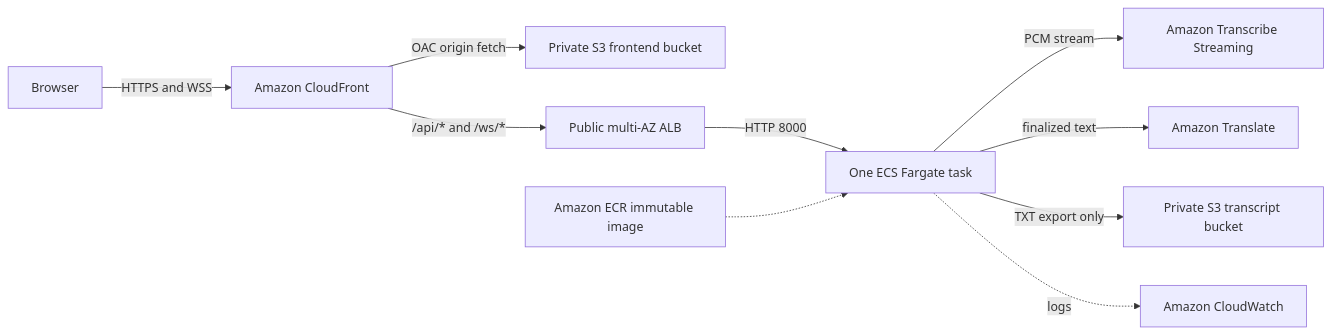
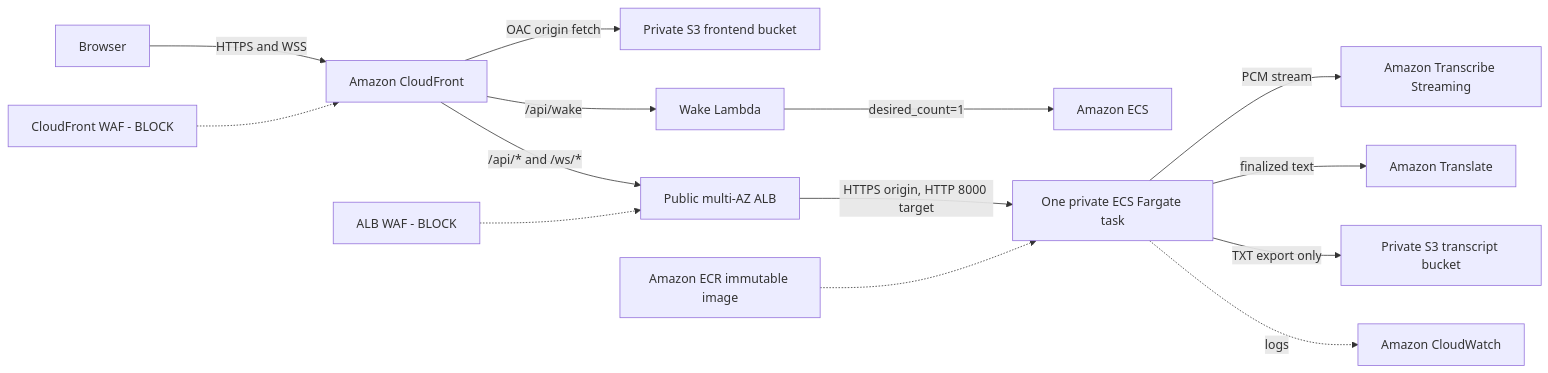
One commit to 9ducanh9/fcj-workshop-template changed the diagram in content/5-Workshop/5.1-Workshop-overview/_index.md. Above: the diagram before and after it, drawn with Mermaid. The commit also changed other lines of this file and 18 other files, not shown here.

````diff
--- a/content/5-Workshop/5.1-Workshop-overview/_index.md
+++ b/content/5-Workshop/5.1-Workshop-overview/_index.md
@@ -29,12 +29,16 @@
 ```mermaid
 flowchart LR
   Browser["Browser"] -->|HTTPS and WSS| CF["Amazon CloudFront"]
+  WAF["CloudFront WAF - BLOCK"] -.-> CF
   CF -->|OAC origin fetch| Frontend["Private S3 frontend bucket"]
+  CF -->|/api/wake| Wake["Wake Lambda"]
+  Wake -->|desired_count=1| ECS["Amazon ECS"]
   CF -->|/api/* and /ws/*| ALB["Public multi-AZ ALB"]
-  ALB -->|HTTP 8000| Task["One ECS Fargate task"]
+  ALBWAF["ALB WAF - BLOCK"] -.-> ALB
+  ALB -->|HTTPS origin, HTTP 8000 target| Task["One private ECS Fargate task"]
   ECR["Amazon ECR immutable image"] -.-> Task
   Task -->|PCM stream| Transcribe["Amazon Transcribe Streaming"]
   Task -->|finalized text| Translate["Amazon Translate"]
   Task -->|TXT export only| Transcript["Private S3 transcript bucket"]
   Task -.->|logs| CW["Amazon CloudWatch"]
 ```
````
